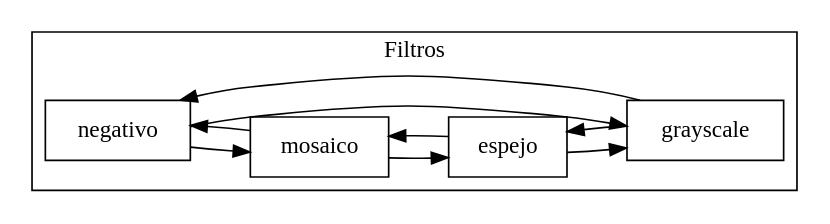
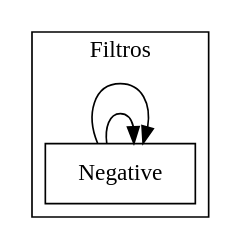
The diagram in Proyecto1/ListaCircular.dot (Eduardo01004/EDD_2S2019_PY1_201612124), drawn with Graphviz before and after one commit. The commit also changed 21 other files, not shown here.

```diff
--- a/Proyecto1/ListaCircular.dot
+++ b/Proyecto1/ListaCircular.dot
@@ -1,18 +1,9 @@
 digraph G {rankdir=LR;
 
  
  subgraph cluster3{label="Filtros";
-8827616[shape=box,label=" negativo "];
-8827616 -> 8828688 ;
-8828688->8827616 ;
-8828688[shape=box,label=" mosaico "];
-8828688 -> 8828728 ;
-8828728->8828688 ;
-8828728[shape=box,label=" espejo "];
-8828728 -> 8828768 ;
-8828768->8828728 ;
-8828768[shape=box,label=" grayscale "];
-8828768 -> 8827616 ;
-8827616->8828768 ;
+1289928[shape=box,label=" Negative "];
+1289928 -> 1289928 ;
+1289928->1289928 ;
 }
 }
```
